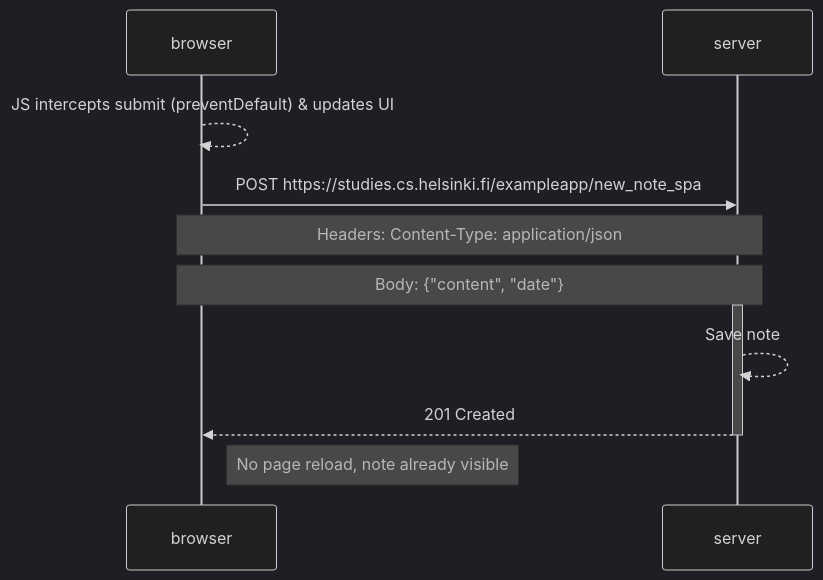
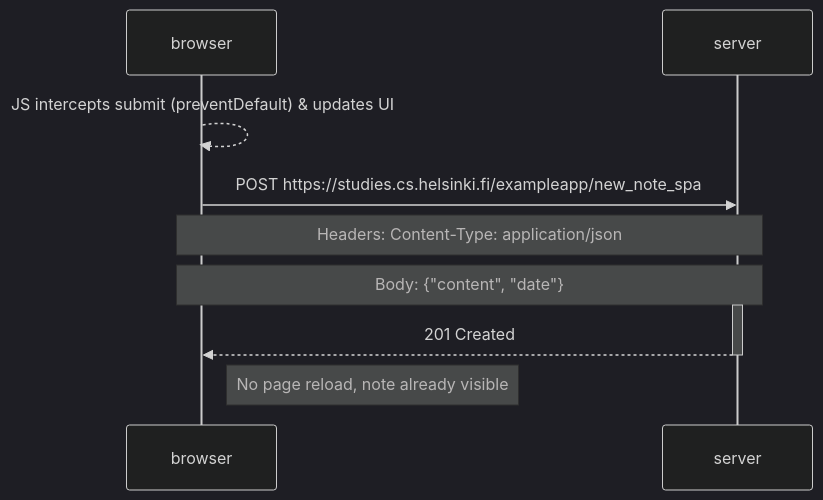
The diagram in osa0/0.6.md (paemhiet/fullstackopen2024), drawn with Mermaid (dark theme) before and after one commit.

Commit message:
Update 0.6.md
siistimistä

````diff
--- a/osa0/0.6.md
+++ b/osa0/0.6.md
@@ -1,18 +1,17 @@
 ```mermaid
 
 sequenceDiagram
   participant browser
   participant server
 
   browser-->>browser: JS intercepts submit (preventDefault) & updates UI
   browser->>server: POST https://studies.cs.helsinki.fi/exampleapp/new_note_spa
   Note over browser,server: Headers: Content-Type: application/json
   Note over browser,server: Body: {"content", "date"}
 
   activate server
-  server-->>server: Save note
   server-->>browser: 201 Created
   deactivate server
 
   Note right of browser: No page reload, note already visible
 ```
````
